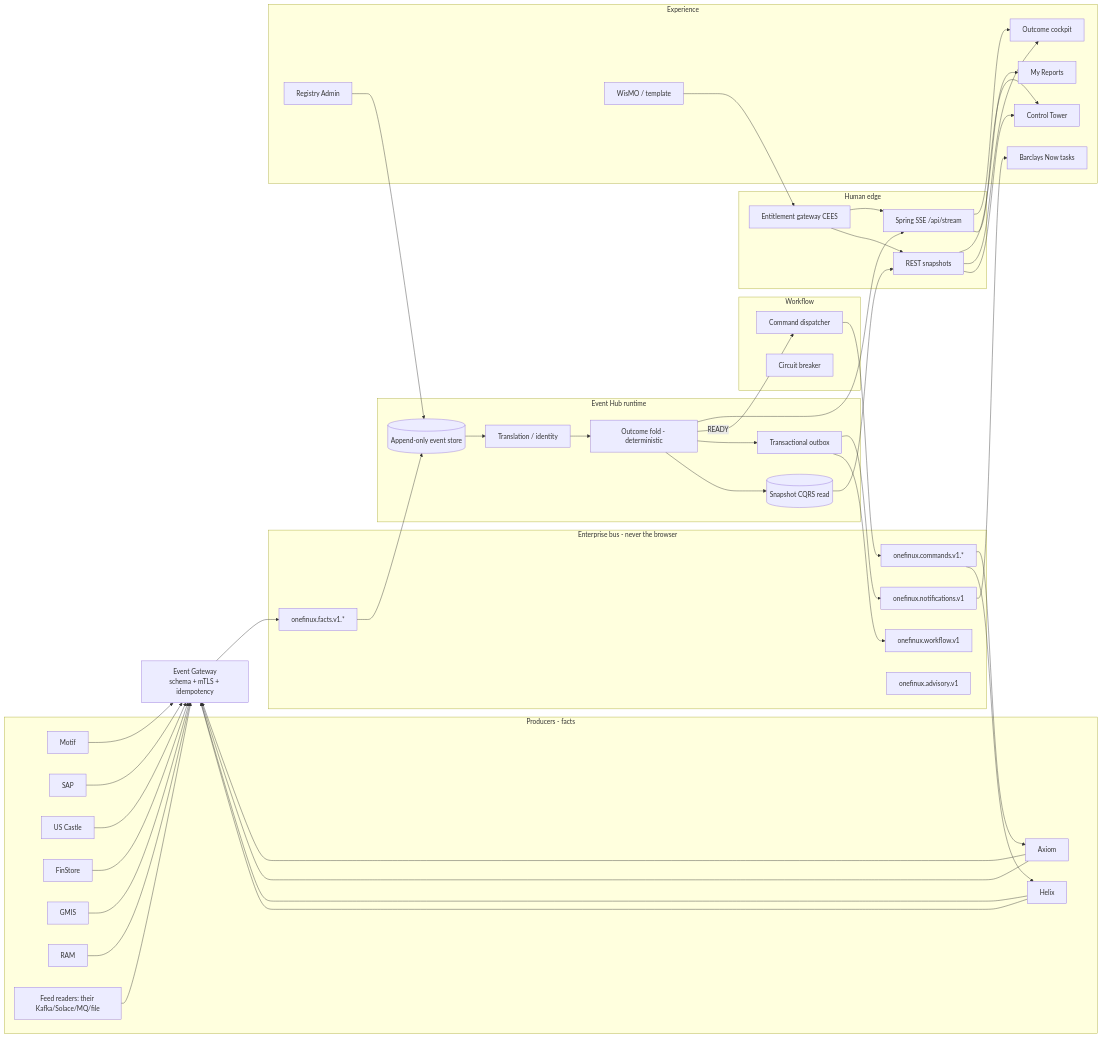
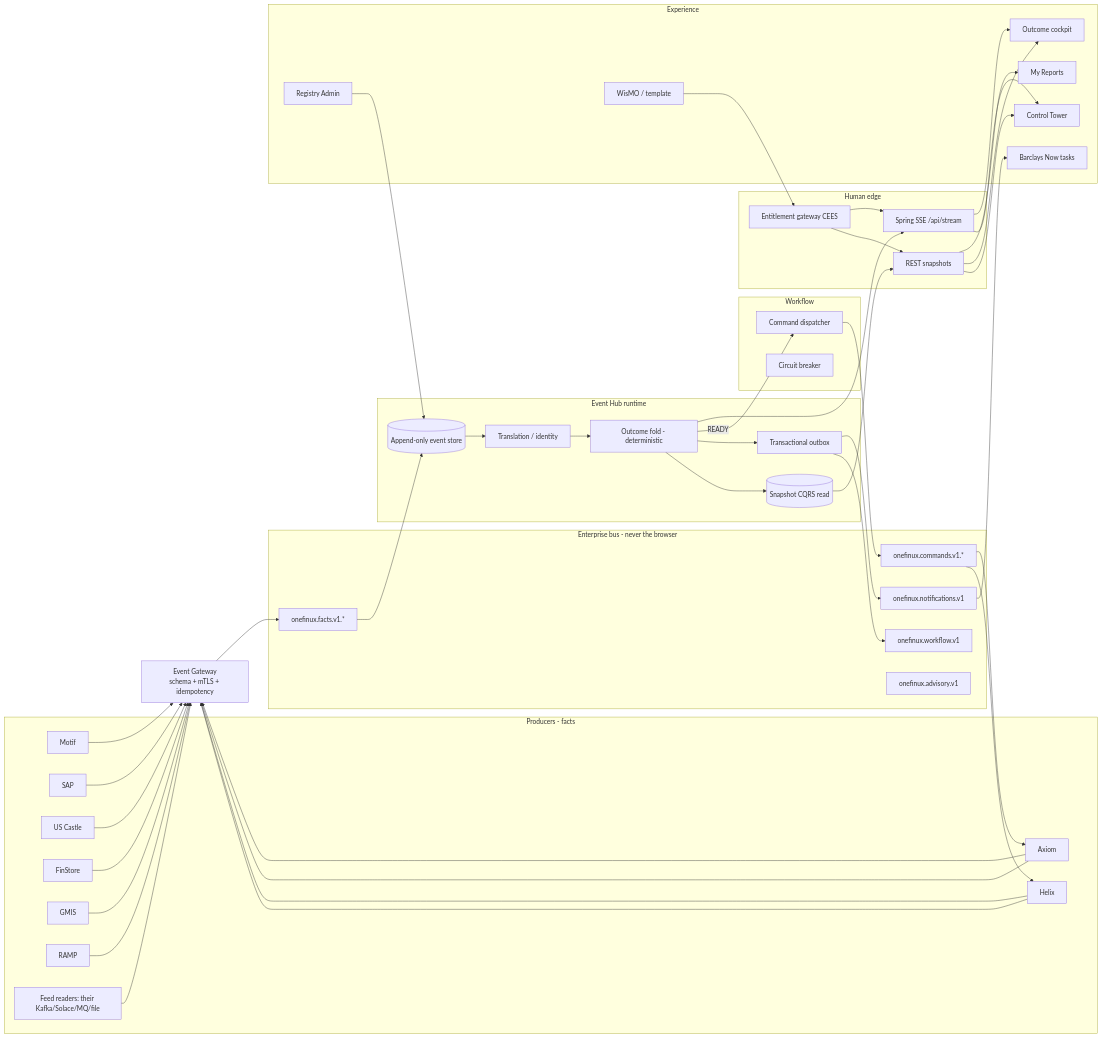
The diagram in docs/superpowers/specs/2026-09-12-flagship-architecture-and-experience.md (praveen2025work/onefinuxdemo), drawn with Mermaid before and after one commit. The commit also changed 9 other files, not shown here.

First line of the commit message:
rename: RAM source system to RAMP

```diff
--- a/docs/superpowers/specs/2026-09-12-flagship-architecture-and-experience.md
+++ b/docs/superpowers/specs/2026-09-12-flagship-architecture-and-experience.md
@@ -45,7 +45,7 @@
     Castle[US Castle]
     FinStore
     GMIS
-    RAM
+    RAMP
     Helix
     Axiom
     Legacy[Feed readers: their Kafka/Solace/MQ/file]
@@ -94,7 +94,7 @@
   Castle --> GW
   FinStore --> GW
   GMIS --> GW
-  RAM --> GW
+  RAMP --> GW
   Helix --> GW
   Axiom --> GW
   Legacy --> GW
```
